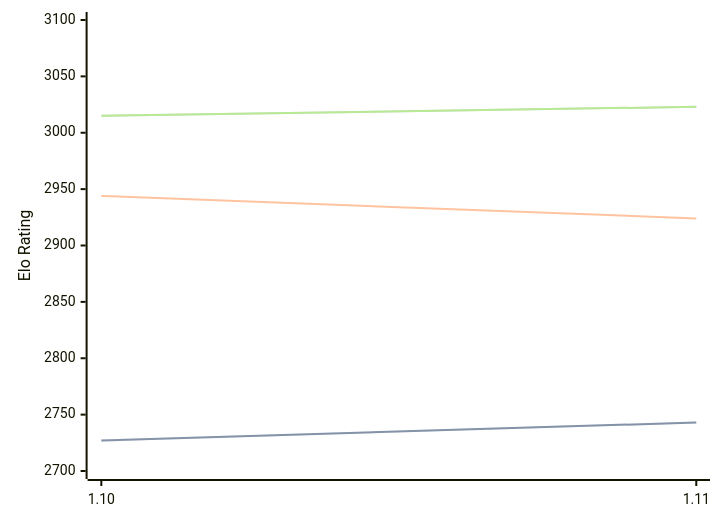
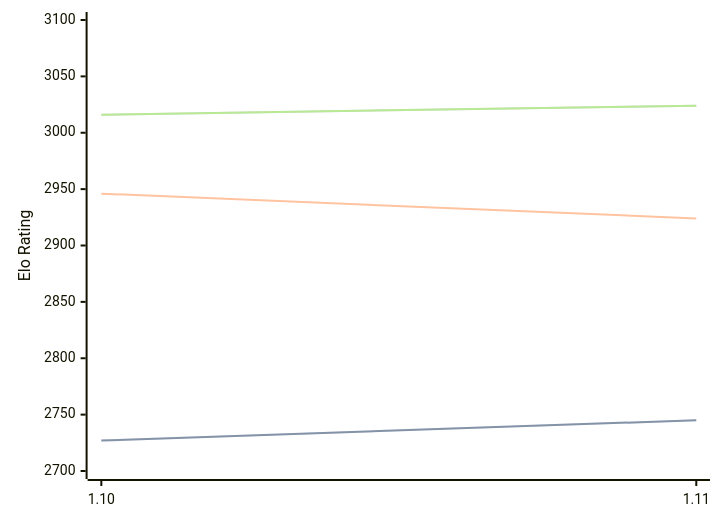
One commit to computer-chess-index/cci changed the first of 3 diagrams in engines/Roc.md. Above: the diagram before and after it, drawn with Mermaid. The commit also changed other lines of this file, not shown here.

Commit message:
Update CCI Ratings (ELO VLTC) - 2026-06-23

````diff
--- a/engines/Roc.md
+++ b/engines/Roc.md
@@ -65,11 +65,11 @@
 ```mermaid
 %%{init: {"theme":"base","themeVariables":{"seriesColors:['#a3a3a3','#222221','#faa371']}}}%%
 xychart-beta
   x-axis ["1.10", "1.11"]
   y-axis "Elo Rating" 2700 --> 3100
-  line "STC (8.0+0.08s)" [2727, 2743]
-  line "STC (8.0+0.08s)" [2727, 2743]
-  line "LTC (60.0+0.60s)" [2944, 2924]
-  line "VLTC (2m24s+1.12s)" [3015, 3023]
-  line "VLTC (2m24s+1.12s)" [3015, 3023]
+  line "STC (8.0+0.08s)" [2727, 2745]
+  line "STC (8.0+0.08s)" [2727, 2745]
+  line "LTC (60.0+0.60s)" [2946, 2924]
+  line "VLTC (2m24s+1.12s)" [3016, 3024]
+  line "VLTC (2m24s+1.12s)" [3016, 3024]
 ```
````
